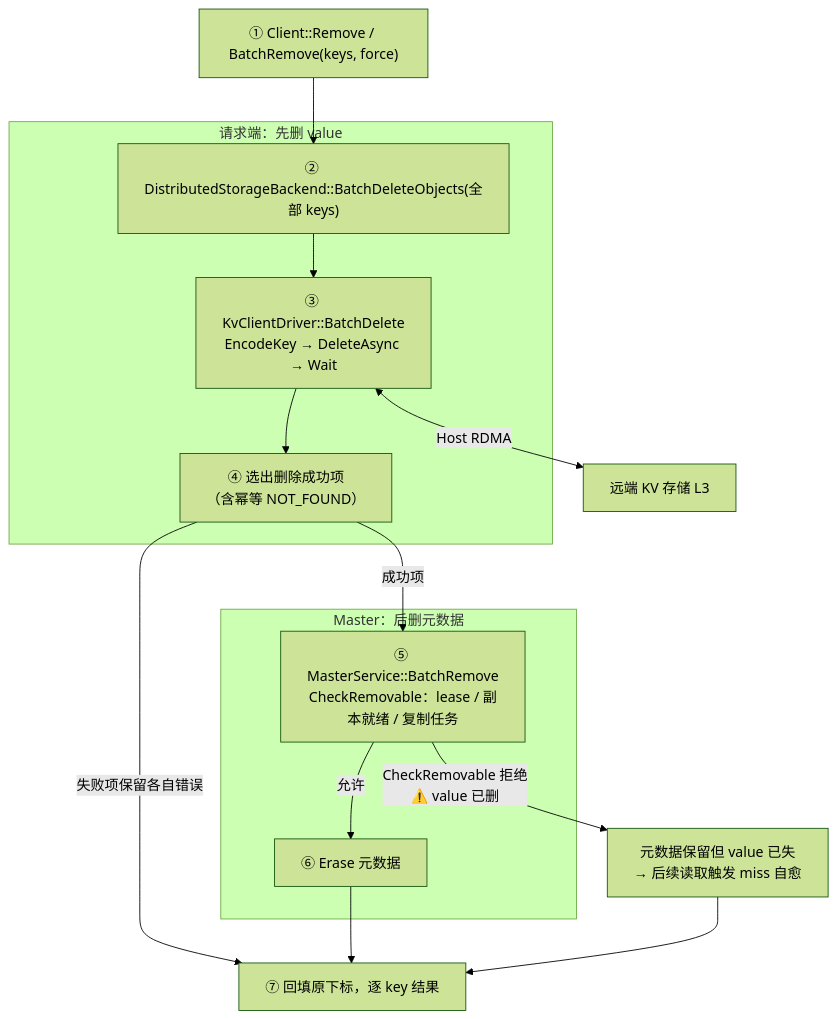
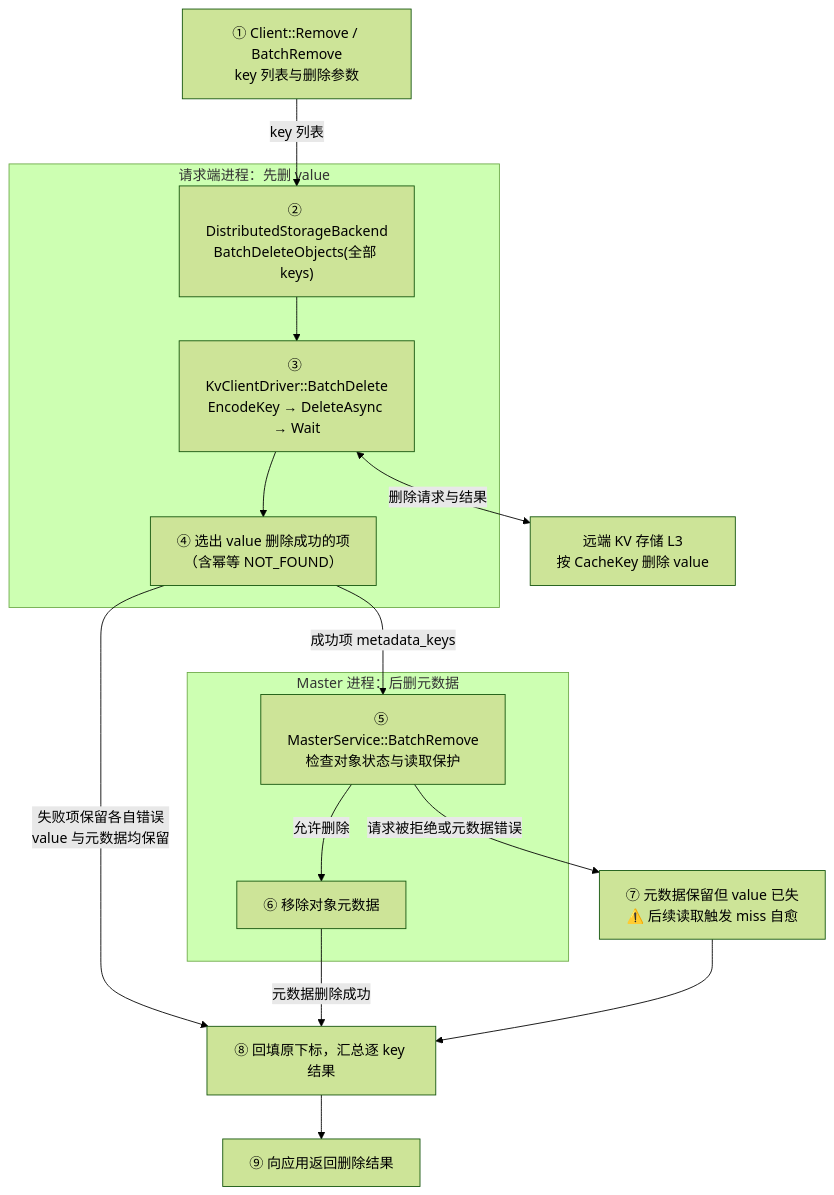
Before and after one commit to zwj20000328-dotcom/Mooncake-documents: the sixth of 13 diagrams in Mooncake + KVClient L3 接入（Kvcs）- v3.md, drawn with Mermaid (forest theme). The commit also changed other lines of this file, not shown here.

````diff
--- a/Mooncake + KVClient L3 接入（Kvcs）- v3.md
+++ b/Mooncake + KVClient L3 接入（Kvcs）- v3.md
@@ -387,28 +560,34 @@
 ```mermaid
 flowchart TB
-    C["① Client::Remove / BatchRemove(keys, force)"]
+    C["① Client::Remove / BatchRemove<br/>key 列表与删除参数"]
 
-    subgraph ValueFirst["请求端：先删 value"]
-        DEL["② DistributedStorageBackend::BatchDeleteObjects(全部 keys)"]
+    subgraph Request["请求端进程：先删 value"]
+        B["② DistributedStorageBackend<br/>BatchDeleteObjects(全部 keys)"]
         D["③ KvClientDriver::BatchDelete<br/>EncodeKey → DeleteAsync → Wait"]
-        PICK["④ 选出删除成功项<br/>（含幂等 NOT_FOUND）"]
-        DEL --> D --> PICK
+        PICK["④ 选出 value 删除成功的项<br/>（含幂等 NOT_FOUND）"]
+
+        B --> D
+        D --> PICK
     end
 
-    subgraph MasterRemove["Master：后删元数据"]
-        M["⑤ MasterService::BatchRemove<br/>CheckRemovable：lease / 副本就绪 / 复制任务"]
-        META["⑥ Erase 元数据"]
-        M -->|"允许"| META
+    subgraph Master["Master 进程：后删元数据"]
+        M["⑤ MasterService::BatchRemove<br/>检查对象状态与读取保护"]
+        META["⑥ 移除对象元数据"]
+
+        M -->|"允许删除"| META
     end
 
-    RESULT["⑦ 回填原下标，逐 key 结果"]
-    S["远端 KV 存储 L3"]
+    RESULT["⑧ 回填原下标，汇总逐 key 结果"]
+    RETURN["⑨ 向应用返回删除结果"]
+    WINDOW["⑦ 元数据保留但 value 已失<br/>⚠️ 后续读取触发 miss 自愈"]
+    S["远端 KV 存储 L3<br/>按 CacheKey 删除 value"]
 
-    C --> DEL
-    D <-->|"Host RDMA"| S
-    PICK -->|"成功项"| M
-    PICK -->|"失败项保留各自错误"| RESULT
-    META --> RESULT
-    M -->|"CheckRemovable 拒绝<br/>⚠️ value 已删"| WINDOW["元数据保留但 value 已失<br/>→ 后续读取触发 miss 自愈"]
+    C -->|"key 列表"| B
+    D <-->|"删除请求与结果"| S
+    PICK -->|"成功项 metadata_keys"| M
+    PICK -->|"失败项保留各自错误<br/>value 与元数据均保留"| RESULT
+    M -->|"请求被拒绝或元数据错误"| WINDOW
+    META -->|"元数据删除成功"| RESULT
     WINDOW --> RESULT
+    RESULT --> RETURN
 ```
````
